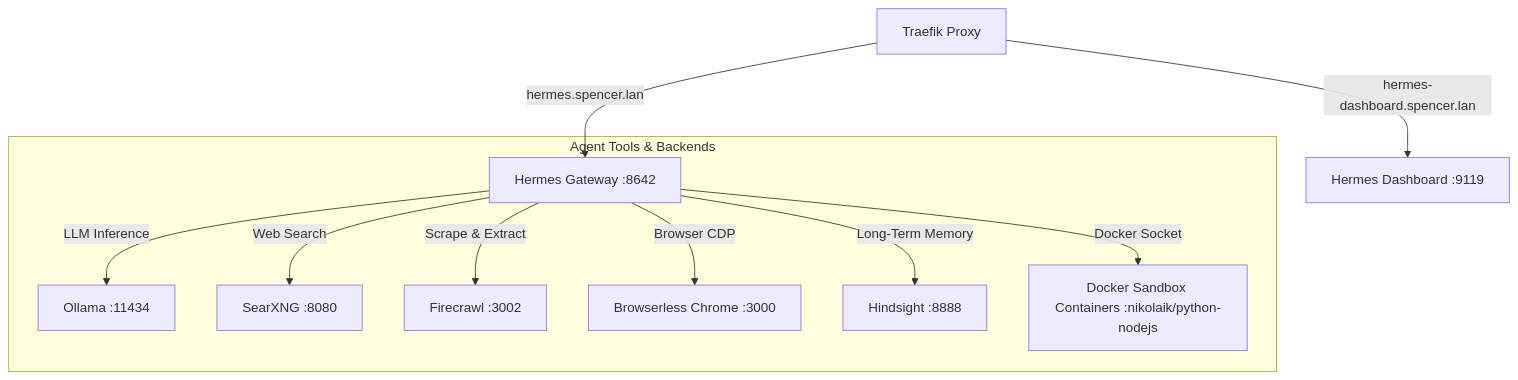
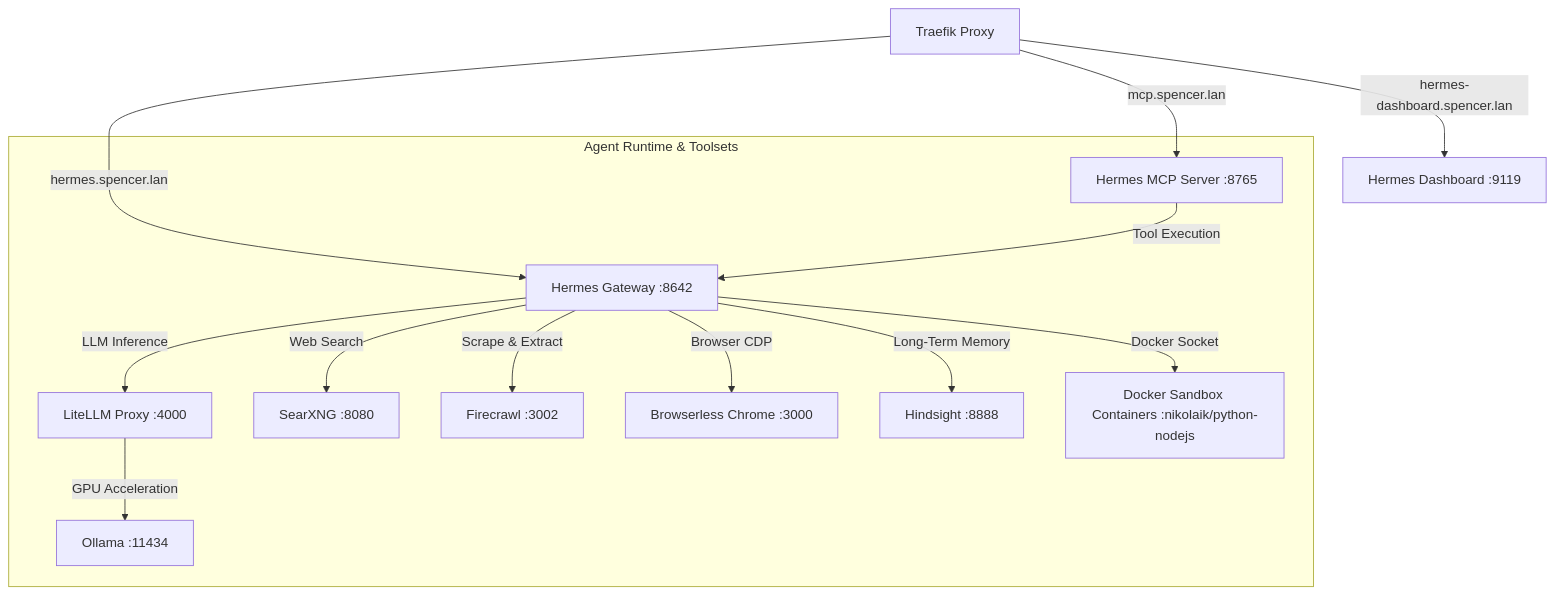
One commit to jamesbspencer/homelab changed the diagram in docs/hermes.md. Above: the diagram before and after it, drawn with Mermaid. The commit also changed other lines of this file and 3 other files, not shown here.

First line of the commit message:
docs: update system architecture diagrams and service tables

````diff
--- a/docs/hermes.md
+++ b/docs/hermes.md
@@ -21,14 +22,17 @@
 ```mermaid
 graph TD
     Traefik[Traefik Proxy] -->|hermes.spencer.lan| Gateway[Hermes Gateway :8642]
     Traefik -->|hermes-dashboard.spencer.lan| Dashboard[Hermes Dashboard :9119]
+    Traefik -->|mcp.spencer.lan| MCPServer[Hermes MCP Server :8765]
     
-    subgraph Agent Tools & Backends
-        Gateway -->|LLM Inference| Ollama[Ollama :11434]
+    subgraph Agent Runtime & Toolsets
+        Gateway -->|LLM Inference| LiteLLM[LiteLLM Proxy :4000]
+        LiteLLM -->|GPU Acceleration| Ollama[Ollama :11434]
+        MCPServer -->|Tool Execution| Gateway
         Gateway -->|Web Search| SearXNG[SearXNG :8080]
         Gateway -->|Scrape & Extract| Firecrawl[Firecrawl :3002]
         Gateway -->|Browser CDP| Browserless[Browserless Chrome :3000]
         Gateway -->|Long-Term Memory| Hindsight[Hindsight :8888]
         Gateway -->|Docker Socket| Sandbox[Docker Sandbox Containers :nikolaik/python-nodejs]
     end
 ```
````
